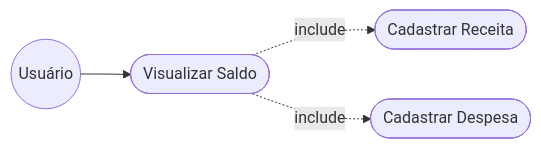
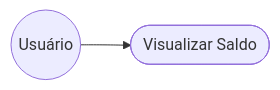
Before and after one commit to NEXA-project-br/NEXA: the fourth of 7 diagrams in relacionamento/dcu.md, drawn with Mermaid. The commit also changed other lines of this file, not shown here.

Commit message:
Refactor mermaid diagrams for user interactions

````diff
--- a/relacionamento/dcu.md
+++ b/relacionamento/dcu.md
@@ -74,13 +60,7 @@
 ```mermaid
 graph LR
   U((Usuário))
   RF04([Visualizar Saldo])
 
-  RF01([Cadastrar Receita])
-  RF02([Cadastrar Despesa])
-
   U --> RF04
-
-  RF04 -.->|include| RF01
-  RF04 -.->|include| RF02
 ```
````
